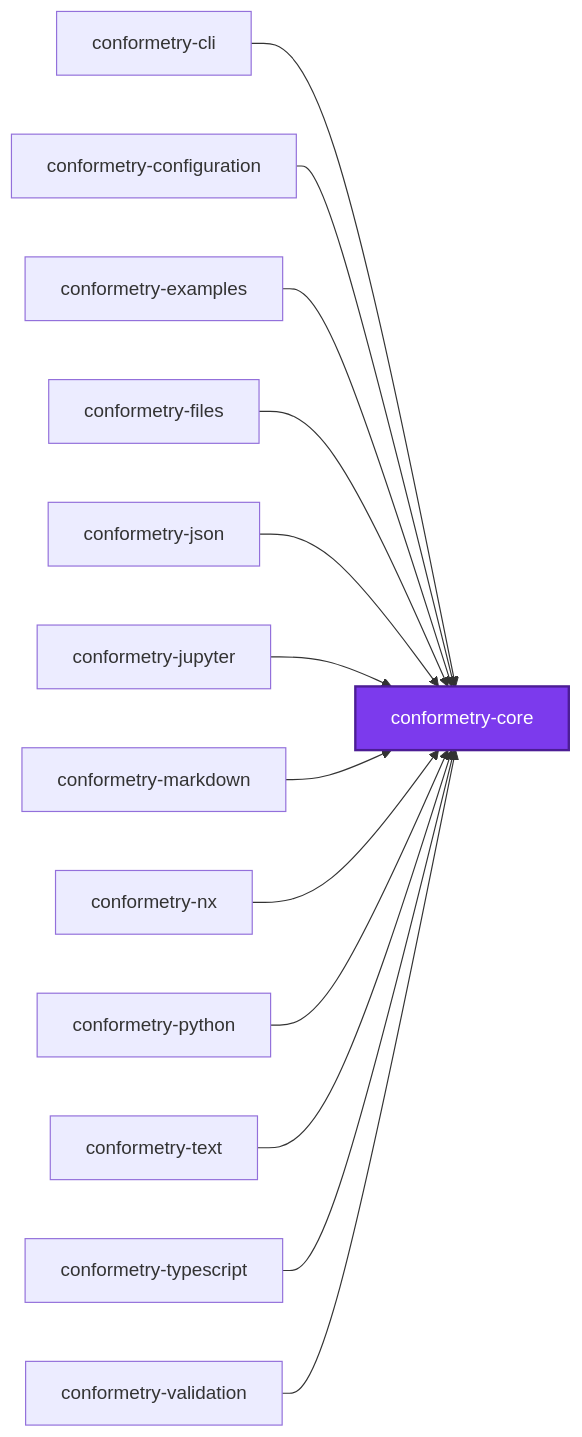
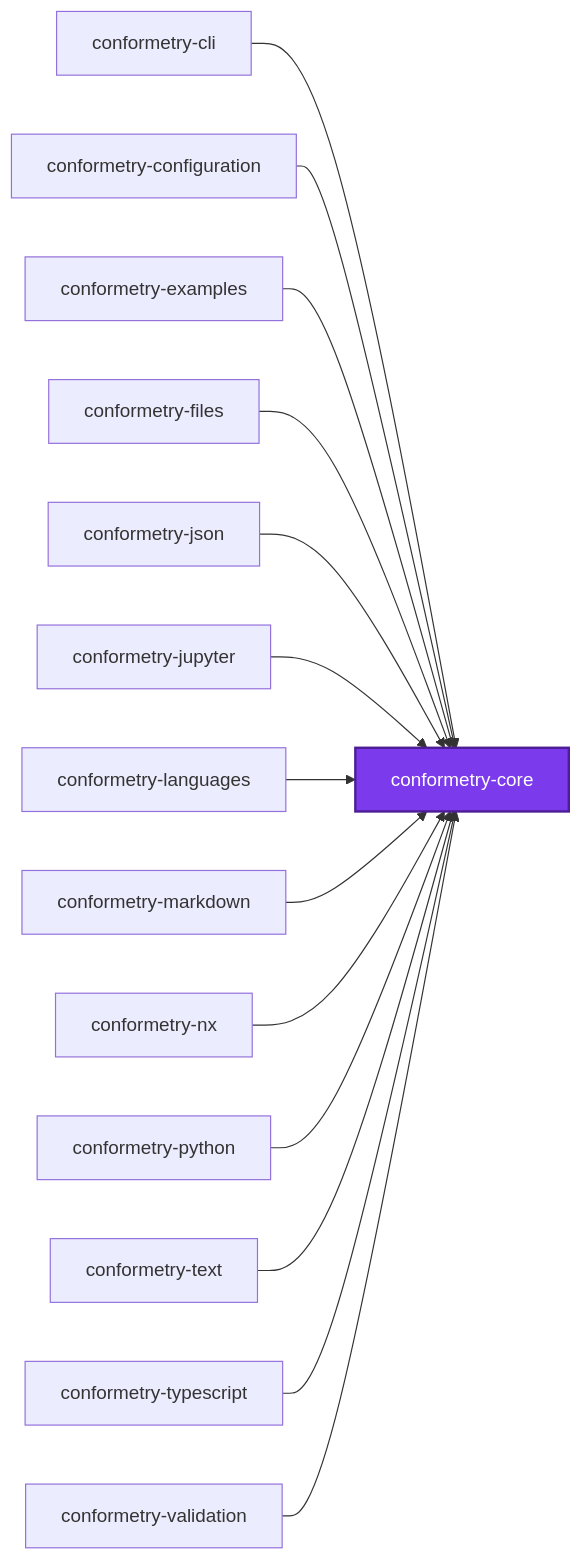
The first of 3 diagrams in packages/conformetry-core/README.md (JimmyPaolini/codebase), drawn with Mermaid before and after one commit. The commit also changed 88 other files, not shown here.

Commit message:
refactor(conformetry): ♻️ create conformetry-languages with every language module

````diff
--- a/packages/conformetry-core/README.md
+++ b/packages/conformetry-core/README.md
@@ -178,30 +178,32 @@
 ```mermaid
 graph LR
   conformetry_cli["conformetry-cli"]
   conformetry_configuration["conformetry-configuration"]
   conformetry_core["conformetry-core"]
   conformetry_examples["conformetry-examples"]
   conformetry_files["conformetry-files"]
   conformetry_json["conformetry-json"]
   conformetry_jupyter["conformetry-jupyter"]
+  conformetry_languages["conformetry-languages"]
   conformetry_markdown["conformetry-markdown"]
   conformetry_nx["conformetry-nx"]
   conformetry_python["conformetry-python"]
   conformetry_text["conformetry-text"]
   conformetry_typescript["conformetry-typescript"]
   conformetry_validation["conformetry-validation"]
   conformetry_cli --> conformetry_core
   conformetry_configuration --> conformetry_core
   conformetry_examples --> conformetry_core
   conformetry_files --> conformetry_core
   conformetry_json --> conformetry_core
   conformetry_jupyter --> conformetry_core
+  conformetry_languages --> conformetry_core
   conformetry_markdown --> conformetry_core
   conformetry_nx --> conformetry_core
   conformetry_python --> conformetry_core
   conformetry_text --> conformetry_core
   conformetry_typescript --> conformetry_core
   conformetry_validation --> conformetry_core
   classDef subject fill:#7c3aed,color:#fff,stroke:#4c1d95,stroke-width:2px
   class conformetry_core subject
 ```
````
